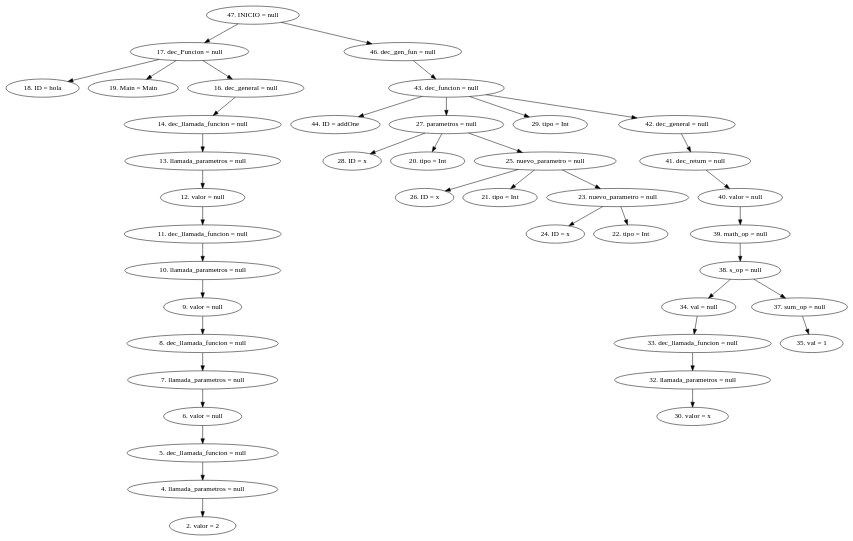
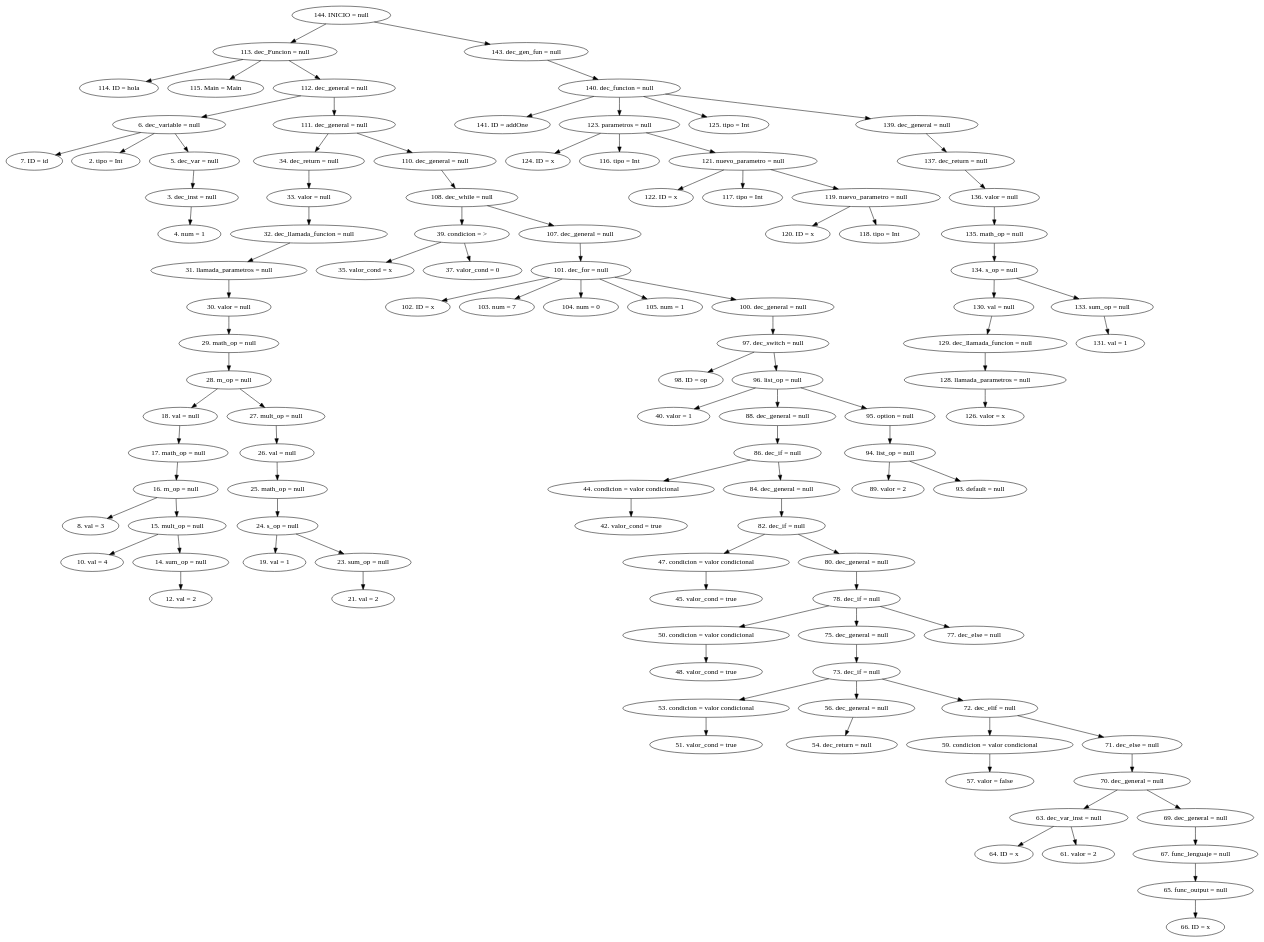
The diagram in AST.dot (CarlosSosVos/NACHTs), drawn with Graphviz before and after one commit. The commit also changed 16 other files, not shown here.

```diff
--- a/AST.dot
+++ b/AST.dot
@@ -1,44 +1,112 @@
 digraph G {
-"47. INICIO = null"->"17. dec_Funcion = null"
-"17. dec_Funcion = null"->"18. ID = hola"
-"17. dec_Funcion = null"->"19. Main = Main"
-"17. dec_Funcion = null"->"16. dec_general = null"
-"16. dec_general = null"->"14. dec_llamada_funcion = null"
-"14. dec_llamada_funcion = null"->"13. llamada_parametros = null"
-"13. llamada_parametros = null"->"12. valor = null"
-"12. valor = null"->"11. dec_llamada_funcion = null"
-"11. dec_llamada_funcion = null"->"10. llamada_parametros = null"
-"10. llamada_parametros = null"->"9. valor = null"
-"9. valor = null"->"8. dec_llamada_funcion = null"
-"8. dec_llamada_funcion = null"->"7. llamada_parametros = null"
-"7. llamada_parametros = null"->"6. valor = null"
-"6. valor = null"->"5. dec_llamada_funcion = null"
-"5. dec_llamada_funcion = null"->"4. llamada_parametros = null"
-"4. llamada_parametros = null"->"2. valor = 2"
-"47. INICIO = null"->"46. dec_gen_fun = null"
-"46. dec_gen_fun = null"->"43. dec_funcion = null"
-"43. dec_funcion = null"->"44. ID = addOne"
-"43. dec_funcion = null"->"27. parametros = null"
-"27. parametros = null"->"28. ID = x"
-"27. parametros = null"->"20. tipo = Int"
-"27. parametros = null"->"25. nuevo_parametro = null"
-"25. nuevo_parametro = null"->"26. ID = x"
-"25. nuevo_parametro = null"->"21. tipo = Int"
-"25. nuevo_parametro = null"->"23. nuevo_parametro = null"
-"23. nuevo_parametro = null"->"24. ID = x"
-"23. nuevo_parametro = null"->"22. tipo = Int"
-"43. dec_funcion = null"->"29. tipo = Int"
-"43. dec_funcion = null"->"42. dec_general = null"
-"42. dec_general = null"->"41. dec_return = null"
-"41. dec_return = null"->"40. valor = null"
-"40. valor = null"->"39. math_op = null"
-"39. math_op = null"->"38. s_op = null"
-"38. s_op = null"->"34. val = null"
-"34. val = null"->"33. dec_llamada_funcion = null"
-"33. dec_llamada_funcion = null"->"32. llamada_parametros = null"
-"32. llamada_parametros = null"->"30. valor = x"
-"38. s_op = null"->"37. sum_op = null"
-"37. sum_op = null"->"35. val = 1"
+"144. INICIO = null"->"113. dec_Funcion = null"
+"113. dec_Funcion = null"->"114. ID = hola"
+"113. dec_Funcion = null"->"115. Main = Main"
+"113. dec_Funcion = null"->"112. dec_general = null"
+"112. dec_general = null"->"6. dec_variable = null"
+"6. dec_variable = null"->"7. ID = id"
+"6. dec_variable = null"->"2. tipo = Int"
+"6. dec_variable = null"->"5. dec_var = null"
+"5. dec_var = null"->"3. dec_inst = null"
+"3. dec_inst = null"->"4. num = 1"
+"112. dec_general = null"->"111. dec_general = null"
+"111. dec_general = null"->"34. dec_return = null"
+"34. dec_return = null"->"33. valor = null"
+"33. valor = null"->"32. dec_llamada_funcion = null"
+"32. dec_llamada_funcion = null"->"31. llamada_parametros = null"
+"31. llamada_parametros = null"->"30. valor = null"
+"30. valor = null"->"29. math_op = null"
+"29. math_op = null"->"28. m_op = null"
+"28. m_op = null"->"18. val = null"
+"18. val = null"->"17. math_op = null"
+"17. math_op = null"->"16. m_op = null"
+"16. m_op = null"->"8. val = 3"
+"16. m_op = null"->"15. mult_op = null"
+"15. mult_op = null"->"10. val = 4"
+"15. mult_op = null"->"14. sum_op = null"
+"14. sum_op = null"->"12. val = 2"
+"28. m_op = null"->"27. mult_op = null"
+"27. mult_op = null"->"26. val = null"
+"26. val = null"->"25. math_op = null"
+"25. math_op = null"->"24. s_op = null"
+"24. s_op = null"->"19. val = 1"
+"24. s_op = null"->"23. sum_op = null"
+"23. sum_op = null"->"21. val = 2"
+"111. dec_general = null"->"110. dec_general = null"
+"110. dec_general = null"->"108. dec_while = null"
+"108. dec_while = null"->"39. condicion = >"
+"39. condicion = >"->"35. valor_cond = x"
+"39. condicion = >"->"37. valor_cond = 0"
+"108. dec_while = null"->"107. dec_general = null"
+"107. dec_general = null"->"101. dec_for = null"
+"101. dec_for = null"->"102. ID = x"
+"101. dec_for = null"->"103. num = 7"
+"101. dec_for = null"->"104. num = 0"
+"101. dec_for = null"->"105. num = 1"
+"101. dec_for = null"->"100. dec_general = null"
+"100. dec_general = null"->"97. dec_switch = null"
+"97. dec_switch = null"->"98. ID = op"
+"97. dec_switch = null"->"96. list_op = null"
+"96. list_op = null"->"40. valor = 1"
+"96. list_op = null"->"88. dec_general = null"
+"88. dec_general = null"->"86. dec_if = null"
+"86. dec_if = null"->"44. condicion = valor condicional"
+"44. condicion = valor condicional"->"42. valor_cond = true"
+"86. dec_if = null"->"84. dec_general = null"
+"84. dec_general = null"->"82. dec_if = null"
+"82. dec_if = null"->"47. condicion = valor condicional"
+"47. condicion = valor condicional"->"45. valor_cond = true"
+"82. dec_if = null"->"80. dec_general = null"
+"80. dec_general = null"->"78. dec_if = null"
+"78. dec_if = null"->"50. condicion = valor condicional"
+"50. condicion = valor condicional"->"48. valor_cond = true"
+"78. dec_if = null"->"75. dec_general = null"
+"75. dec_general = null"->"73. dec_if = null"
+"73. dec_if = null"->"53. condicion = valor condicional"
+"53. condicion = valor condicional"->"51. valor_cond = true"
+"73. dec_if = null"->"56. dec_general = null"
+"56. dec_general = null"->"54. dec_return = null"
+"73. dec_if = null"->"72. dec_elif = null"
+"72. dec_elif = null"->"59. condicion = valor condicional"
+"59. condicion = valor condicional"->"57. valor = false"
+"72. dec_elif = null"->"71. dec_else = null"
+"71. dec_else = null"->"70. dec_general = null"
+"70. dec_general = null"->"63. dec_var_inst = null"
+"63. dec_var_inst = null"->"64. ID = x"
+"63. dec_var_inst = null"->"61. valor = 2"
+"70. dec_general = null"->"69. dec_general = null"
+"69. dec_general = null"->"67. func_lenguaje = null"
+"67. func_lenguaje = null"->"65. func_output = null"
+"65. func_output = null"->"66. ID = x"
+"78. dec_if = null"->"77. dec_else = null"
+"96. list_op = null"->"95. option = null"
+"95. option = null"->"94. list_op = null"
+"94. list_op = null"->"89. valor = 2"
+"94. list_op = null"->"93. default = null"
+"144. INICIO = null"->"143. dec_gen_fun = null"
+"143. dec_gen_fun = null"->"140. dec_funcion = null"
+"140. dec_funcion = null"->"141. ID = addOne"
+"140. dec_funcion = null"->"123. parametros = null"
+"123. parametros = null"->"124. ID = x"
+"123. parametros = null"->"116. tipo = Int"
+"123. parametros = null"->"121. nuevo_parametro = null"
+"121. nuevo_parametro = null"->"122. ID = x"
+"121. nuevo_parametro = null"->"117. tipo = Int"
+"121. nuevo_parametro = null"->"119. nuevo_parametro = null"
+"119. nuevo_parametro = null"->"120. ID = x"
+"119. nuevo_parametro = null"->"118. tipo = Int"
+"140. dec_funcion = null"->"125. tipo = Int"
+"140. dec_funcion = null"->"139. dec_general = null"
+"139. dec_general = null"->"137. dec_return = null"
+"137. dec_return = null"->"136. valor = null"
+"136. valor = null"->"135. math_op = null"
+"135. math_op = null"->"134. s_op = null"
+"134. s_op = null"->"130. val = null"
+"130. val = null"->"129. dec_llamada_funcion = null"
+"129. dec_llamada_funcion = null"->"128. llamada_parametros = null"
+"128. llamada_parametros = null"->"126. valor = x"
+"134. s_op = null"->"133. sum_op = null"
+"133. sum_op = null"->"131. val = 1"
 
 
 }
```
